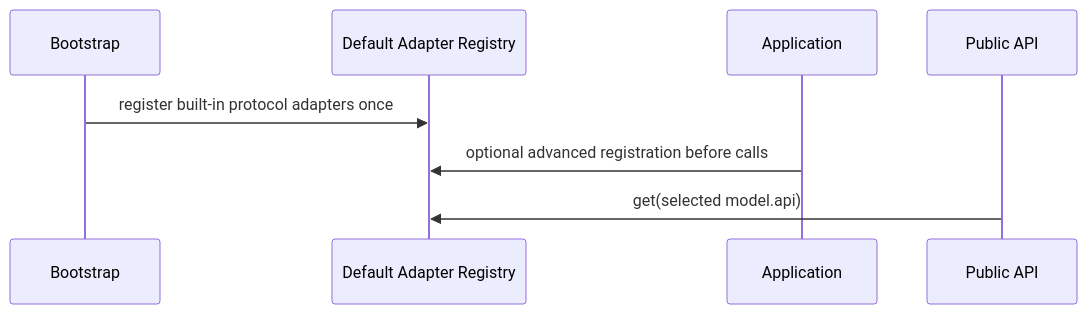
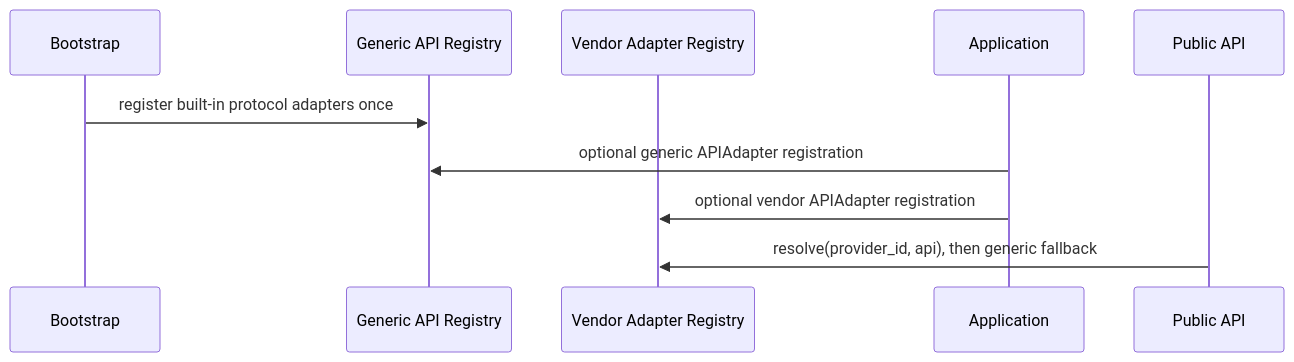
Before and after one commit to wrongbutworks/loushang: the second of 2 diagrams in docs/internals/architecture/ai/loushang-ai-component-interactions-v1.md, drawn with Mermaid. The commit also changed other lines of this file and 243 other files, not shown here.

Commit message:
refactor(ai): unify adapter and model identity semantics

````diff
--- a/docs/internals/architecture/ai/loushang-ai-component-interactions-v1.md
+++ b/docs/internals/architecture/ai/loushang-ai-component-interactions-v1.md
@@ -46,11 +52,13 @@
 ```mermaid
 sequenceDiagram
     participant Bootstrap
-    participant Registry as Default Adapter Registry
+    participant APIRegistry as Generic API Registry
+    participant ProviderRegistry as Vendor Adapter Registry
     participant Application
     participant API as Public API
 
-    Bootstrap->>Registry: register built-in protocol adapters once
-    Application->>Registry: optional advanced registration before calls
-    API->>Registry: get(selected model.api)
+    Bootstrap->>APIRegistry: register built-in protocol adapters once
+    Application->>APIRegistry: optional generic APIAdapter registration
+    Application->>ProviderRegistry: optional vendor APIAdapter registration
+    API->>ProviderRegistry: resolve(provider_id, api), then generic fallback
 ```
````
